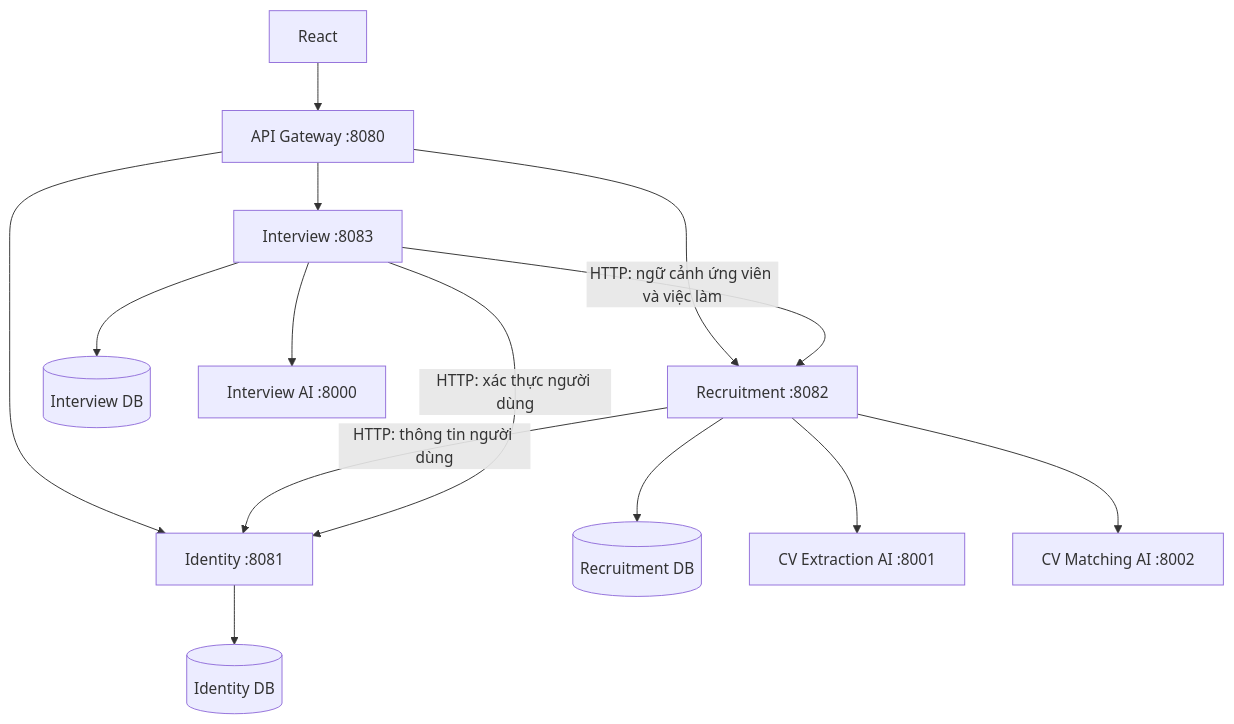
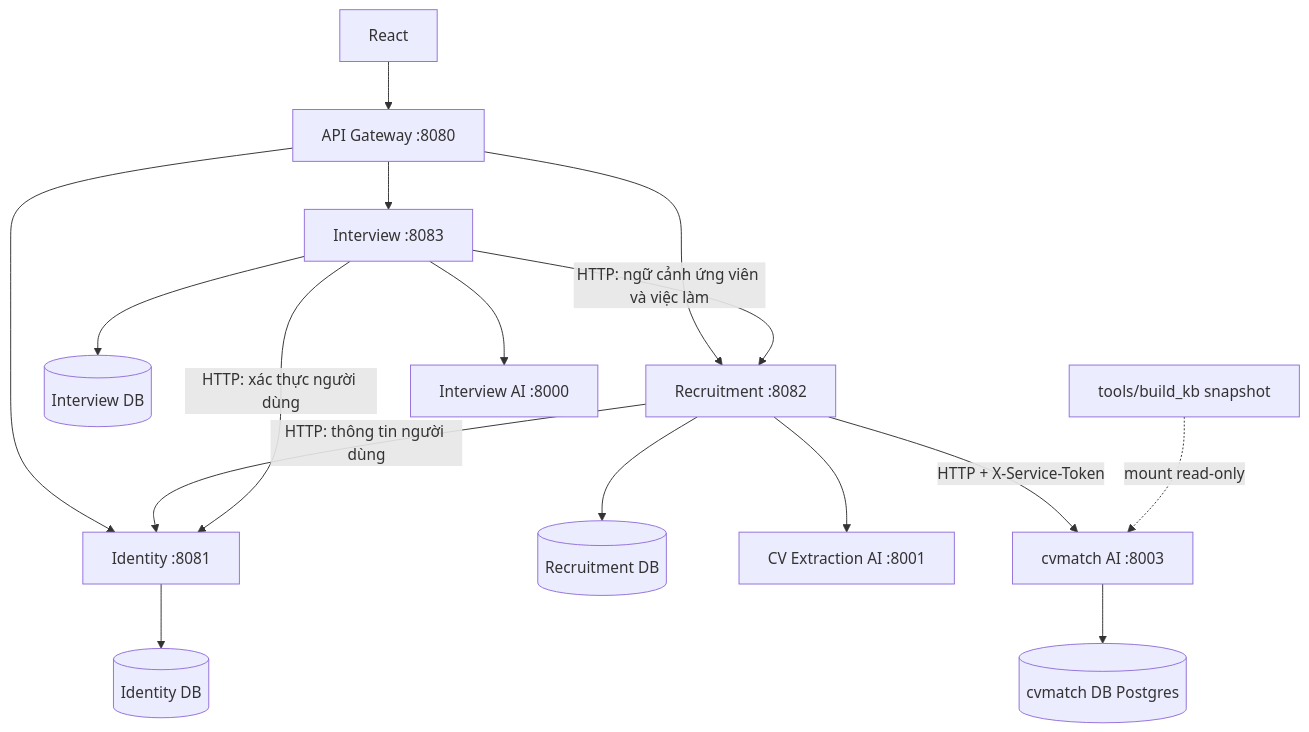
One commit to long20102004/recruit_system changed the diagram in backend/README.md. Above: the diagram before and after it, drawn with Mermaid. The commit also changed other lines of this file and 634 other files, not shown here.

First line of the commit message:
Integrate cvmatch and build_kb into HireLens; replace cv-matching-ai

````diff
--- a/backend/README.md
+++ b/backend/README.md
@@ -15,16 +16,18 @@
 ```mermaid
 flowchart TD
     UI[React] --> Gateway[API Gateway :8080]
     Gateway --> Identity[Identity :8081]
     Gateway --> Recruitment[Recruitment :8082]
     Gateway --> Interview[Interview :8083]
     Identity --> IdentityDB[(Identity DB)]
     Recruitment --> RecruitmentDB[(Recruitment DB)]
     Interview --> InterviewDB[(Interview DB)]
     Recruitment -->|HTTP: thông tin người dùng| Identity
     Interview -->|HTTP: xác thực người dùng| Identity
     Interview -->|HTTP: ngữ cảnh ứng viên và việc làm| Recruitment
     Recruitment --> Extract[CV Extraction AI :8001]
-    Recruitment --> Match[CV Matching AI :8002]
+    Recruitment -->|HTTP + X-Service-Token| CvMatch[cvmatch AI :8003]
+    CvMatch --> CvMatchDB[(cvmatch DB Postgres)]
+    KB[tools/build_kb snapshot] -.->|mount read-only| CvMatch
     Interview --> Score[Interview AI :8000]
 ```
````
